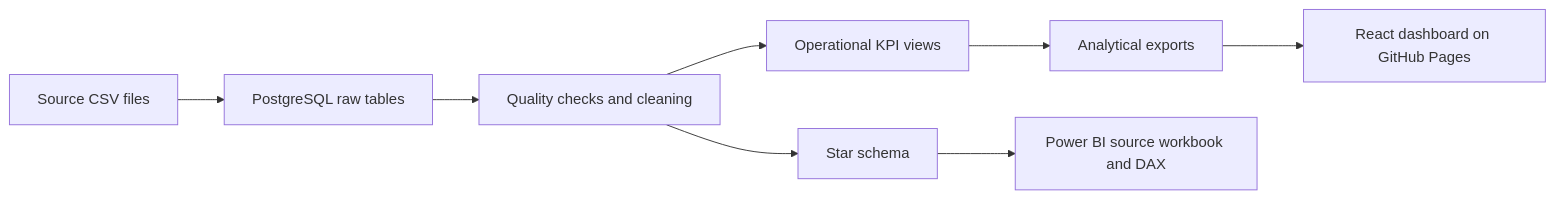
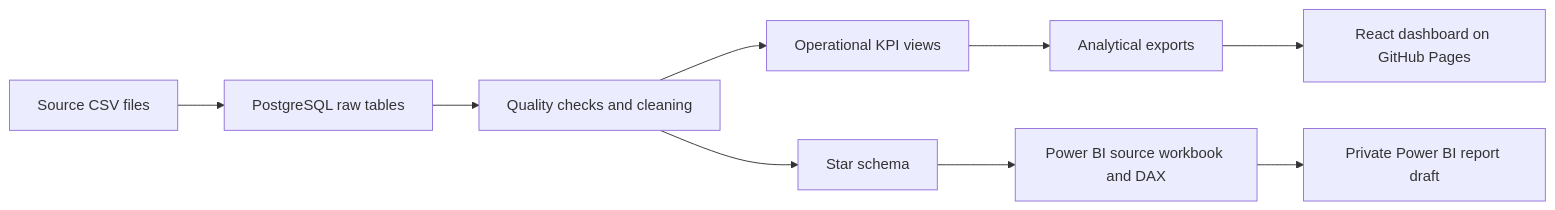
One commit to Akshayamin13/supply-chain-operations-control-tower changed the diagram in README.md. Above: the diagram before and after it, drawn with Mermaid. The commit also changed other lines of this file and 5 other files, not shown here.

Commit message:
Document verified Power BI model and live report draft

````diff
--- a/README.md
+++ b/README.md
@@ -114,10 +114,11 @@
 ```mermaid
 flowchart LR
     A[Source CSV files] --> B[PostgreSQL raw tables]
     B --> C[Quality checks and cleaning]
     C --> D[Operational KPI views]
     C --> E[Star schema]
     D --> F[Analytical exports]
     F --> G[React dashboard on GitHub Pages]
     E --> H[Power BI source workbook and DAX]
+    H --> I[Private Power BI report draft]
 ```
````
